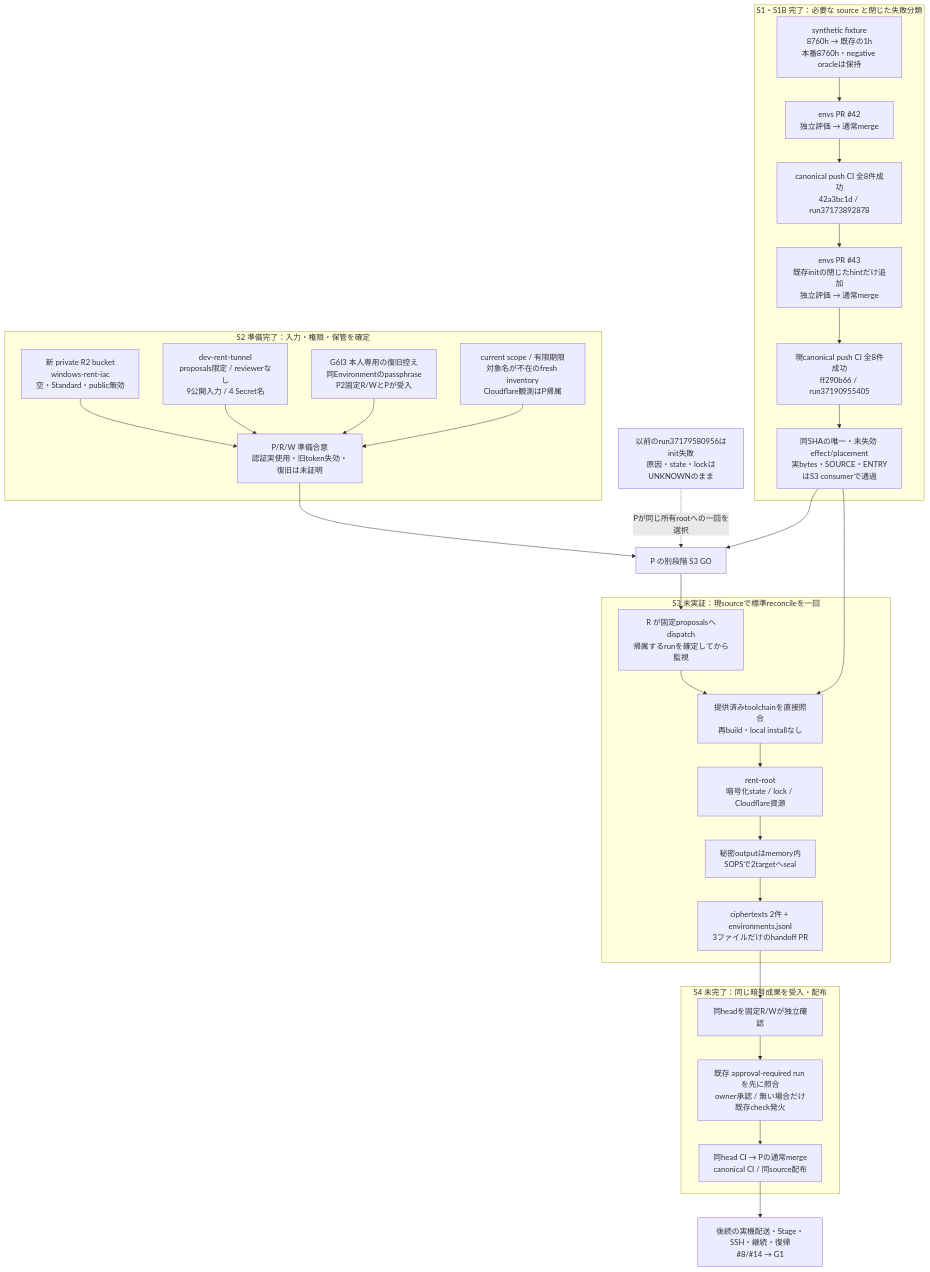
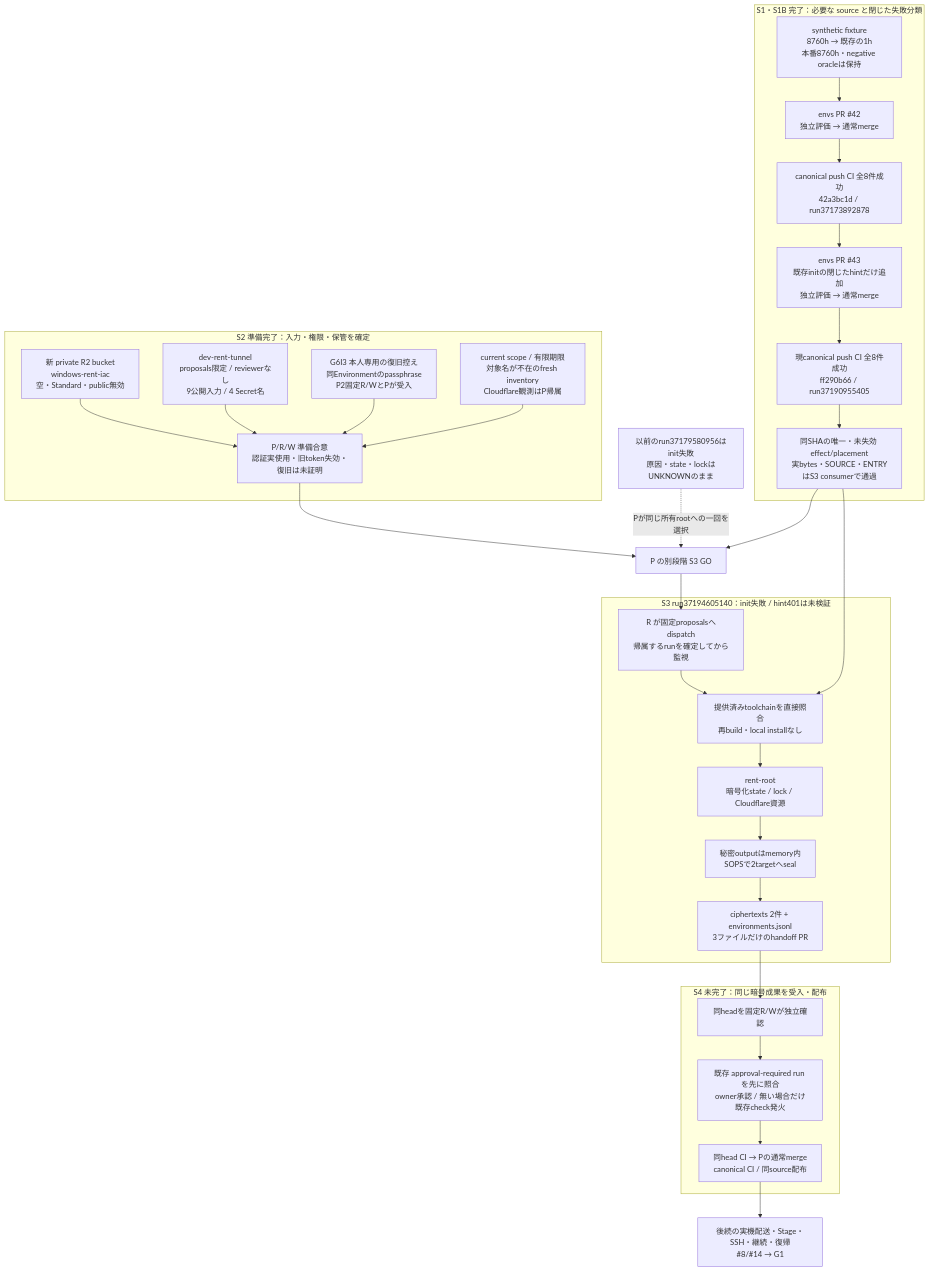
One commit to roccho-dev/windows changed the third of 5 diagrams in docs/rent-cloudflare-flow.md. Above: the diagram before and after it, drawn with Mermaid. The commit also changed other lines of this file, not shown here.

````diff
--- a/docs/rent-cloudflare-flow.md
+++ b/docs/rent-cloudflare-flow.md
@@ -157,46 +157,46 @@
 ```mermaid
 flowchart TB
   subgraph s1["S1・S1B 完了：必要な source と閉じた失敗分類"]
     fixture["synthetic fixture<br/>8760h → 既存の1h<br/>本番8760h・negative oracleは保持"]
     pr42["envs PR #42<br/>独立評価 → 通常merge"]
     ci42["canonical push CI 全8件成功<br/>42a3bc1d / run37173892878"]
     pr43["envs PR #43<br/>既存initの閉じたhintだけ追加<br/>独立評価 → 通常merge"]
     ci43["現canonical push CI 全8件成功<br/>ff290b66 / run37190955405"]
     artifact["同SHAの唯一・未失効 effect/placement<br/>実bytes・SOURCE・ENTRYはS3 consumerで通過"]
     fixture --> pr42 --> ci42 --> pr43 --> ci43 --> artifact
   end
   subgraph s2["S2 準備完了：入力・権限・保管を確定"]
     bucket["新 private R2 bucket<br/>windows-rent-iac<br/>空・Standard・public無効"]
     environment["dev-rent-tunnel<br/>proposals限定 / reviewerなし<br/>9公開入力 / 4 Secret名"]
     custody["G6I3 本人専用の復旧控え<br/>同Environmentのpassphrase<br/>P2固定R/WとPが受入"]
     inventory["current scope / 有限期限<br/>対象名が不在のfresh inventory<br/>Cloudflare観測はP帰属"]
     s2ready["P/R/W 準備合意<br/>認証実使用・旧token失効・復旧は未証明"]
     bucket --> s2ready
     environment --> s2ready
     custody --> s2ready
     inventory --> s2ready
   end
   go["P の別段階 S3 GO"]
   previous["以前のrun37179580956はinit失敗<br/>原因・state・lockはUNKNOWNのまま"]
-  subgraph s3["S3 未実証：現sourceで標準reconcileを一回"]
+  subgraph s3["S3 run37194605140：init失敗 / hint401は未検証"]
     dispatch["R が固定proposalsへdispatch<br/>帰属するrunを確定してから監視"]
     consume["提供済みtoolchainを直接照合<br/>再build・local installなし"]
     apply["rent-root<br/>暗号化state / lock / Cloudflare資源"]
     envelopes["秘密outputはmemory内<br/>SOPSで2targetへseal"]
     handoff["ciphertexts 2件 + environments.jsonl<br/>3ファイルだけのhandoff PR"]
     dispatch --> consume --> apply --> envelopes --> handoff
   end
   subgraph s4["S4 未完了：同じ暗号成果を受入・配布"]
     rw["同headを固定R/Wが独立確認"]
     approval["既存 approval-required run を先に照合<br/>owner承認 / 無い場合だけ既存check発火"]
     merge["同head CI → Pの通常merge<br/>canonical CI / 同source配布"]
     rw --> approval --> merge
   end
   artifact --> go
   s2ready --> go
   previous -. "Pが同じ所有rootへの一回を選択" .-> go
   go --> dispatch
   artifact --> consume
   handoff --> rw
   merge --> later["後続の実機配送・Stage・SSH・継続・復帰<br/>#8/#14 → G1"]
 ```
````
